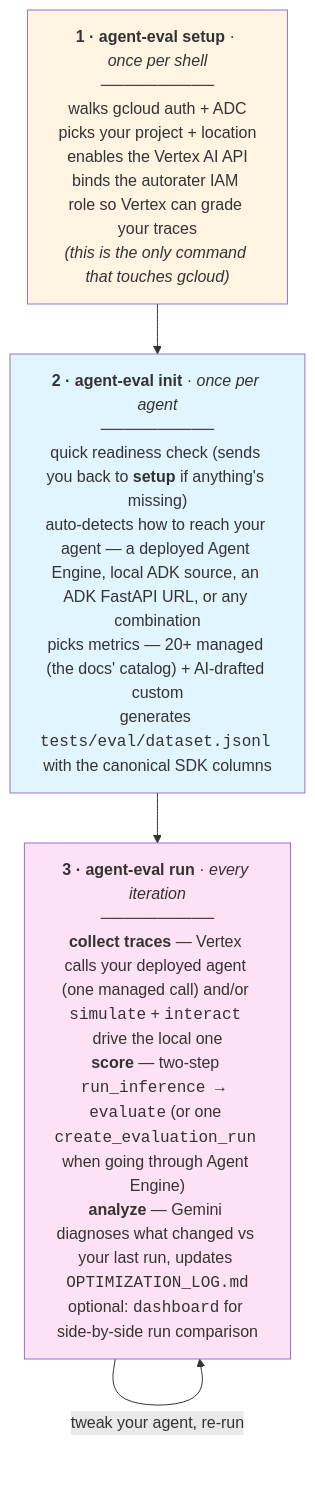
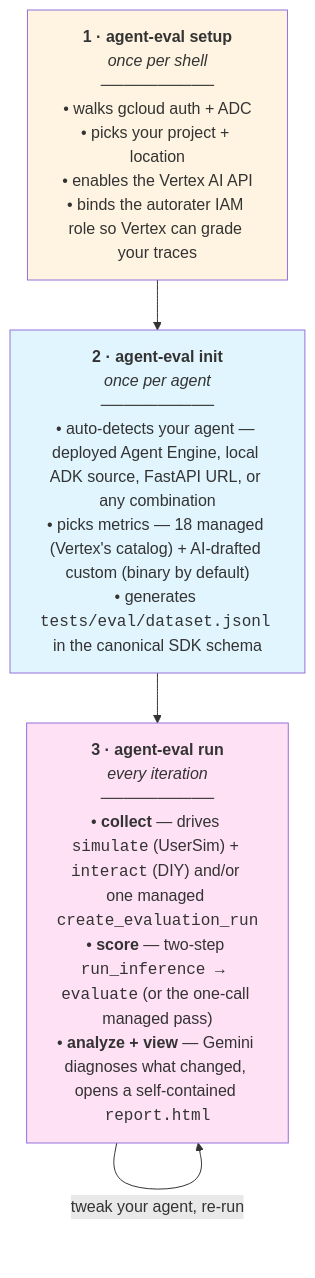
Before and after one commit to danielazamorah/agent-eval: the diagram in README.md, drawn with Mermaid. The commit also changed other lines of this file and 48 other files, not shown here.

First line of the commit message:
feat(rescue): HTML report, canonical metric schema, Phase F polish

````diff
--- a/README.md
+++ b/README.md
@@ -17,13 +49,13 @@
 ```mermaid
 flowchart TD
-    setup["<b>1 · agent-eval setup</b> · <i>once per shell</i><br/>──────────<br/>walks gcloud auth + ADC<br/>picks your project + location<br/>enables the Vertex AI API<br/>binds the autorater IAM role so Vertex can grade your traces<br/><i>(this is the only command that touches gcloud)</i>"]
-    init["<b>2 · agent-eval init</b> · <i>once per agent</i><br/>──────────<br/>quick readiness check (sends you back to <b>setup</b> if anything's missing)<br/>auto-detects how to reach your agent — a deployed Agent Engine, local ADK source, an ADK FastAPI URL, or any combination<br/>picks metrics — 20+ managed (the docs' catalog) + AI-drafted custom<br/>generates <code>tests/eval/dataset.jsonl</code> with the canonical SDK columns"]
-    run["<b>3 · agent-eval run</b> · <i>every iteration</i><br/>──────────<br/><b>collect traces</b> — Vertex calls your deployed agent (one managed call) and/or <code>simulate</code> + <code>interact</code> drive the local one<br/><b>score</b> — two-step <code>run_inference → evaluate</code> (or one <code>create_evaluation_run</code> when going through Agent Engine)<br/><b>analyze</b> — Gemini diagnoses what changed vs your last run, updates <code>OPTIMIZATION_LOG.md</code><br/>optional: <code>dashboard</code> for side-by-side run comparison"]
+    setup["<b>1 · agent-eval setup</b><br/><i>once per shell</i><br/>──────────<br/>• walks gcloud auth + ADC<br/>• picks your project + location<br/>• enables the Vertex AI API<br/>• binds the autorater IAM role so Vertex can grade your traces"]
+    init["<b>2 · agent-eval init</b><br/><i>once per agent</i><br/>──────────<br/>• auto-detects your agent — deployed Agent Engine, local ADK source, FastAPI URL, or any combination<br/>• picks metrics — 18 managed (Vertex's catalog) + AI-drafted custom (binary by default)<br/>• generates <code>tests/eval/dataset.jsonl</code> in the canonical SDK schema"]
+    run["<b>3 · agent-eval run</b><br/><i>every iteration</i><br/>──────────<br/>• <b>collect</b> — drives <code>simulate</code> (UserSim) + <code>interact</code> (DIY) and/or one managed <code>create_evaluation_run</code><br/>• <b>score</b> — two-step <code>run_inference → evaluate</code> (or the one-call managed pass)<br/>• <b>analyze + view</b> — Gemini diagnoses what changed, opens a self-contained <code>report.html</code>"]
 
     setup --> init --> run
     run -->|tweak your agent, re-run| run
 
     style setup fill:#fff4e1
     style init fill:#e1f5ff
     style run fill:#ffe1f5
 ```
````
